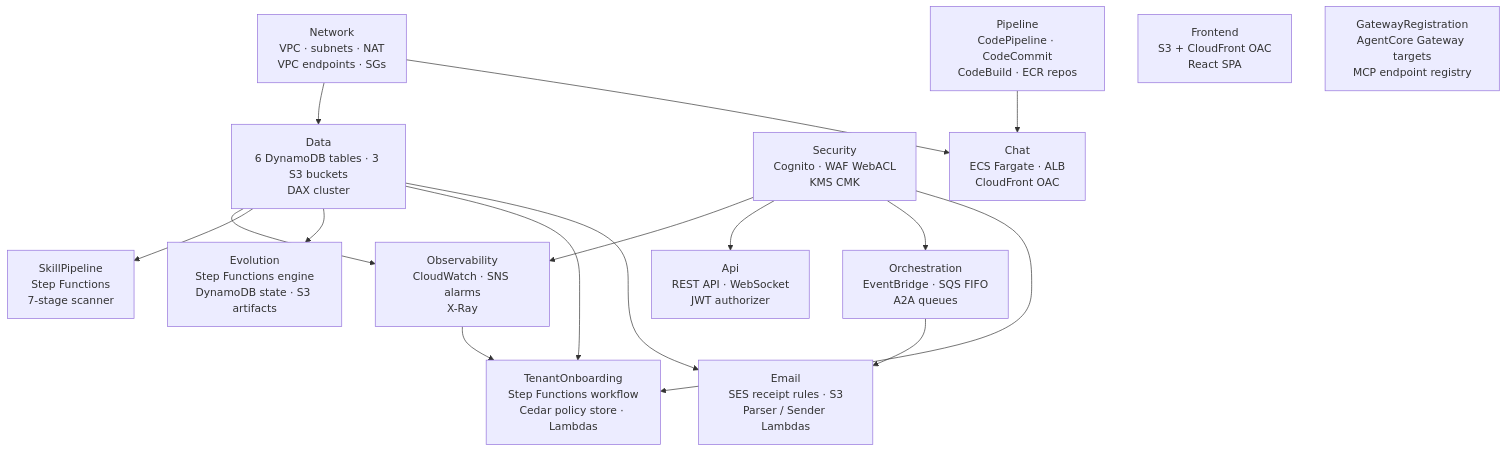
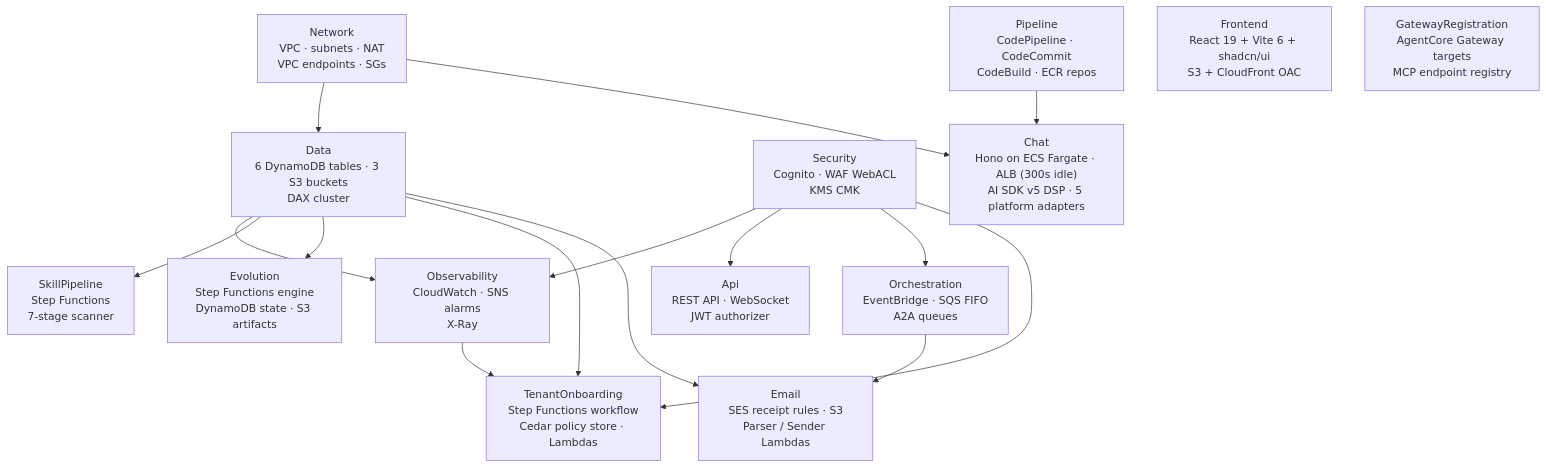
The first of 10 diagrams in docs/architecture/system-architecture.md (Codeseys-Labs/chimera), drawn with Mermaid before and after one commit. The commit also changed other lines of this file and 2 other files, not shown here.

First line of the commit message:
docs: ADR-032, sequence diagrams, and architecture updates for v0.4.0

````diff
--- a/docs/architecture/system-architecture.md
+++ b/docs/architecture/system-architecture.md
@@ -19,32 +19,32 @@
 ```mermaid
 flowchart TD
     NET["Network<br/>VPC · subnets · NAT<br/>VPC endpoints · SGs"]
     DATA["Data<br/>6 DynamoDB tables · 3 S3 buckets<br/>DAX cluster"]
     SEC["Security<br/>Cognito · WAF WebACL<br/>KMS CMK"]
     OBS["Observability<br/>CloudWatch · SNS alarms<br/>X-Ray"]
     API["Api<br/>REST API · WebSocket<br/>JWT authorizer"]
     PIPE["Pipeline<br/>CodePipeline · CodeCommit<br/>CodeBuild · ECR repos"]
     SKILL["SkillPipeline<br/>Step Functions<br/>7-stage scanner"]
-    CHAT["Chat<br/>ECS Fargate · ALB<br/>CloudFront OAC"]
+    CHAT["Chat<br/>Hono on ECS Fargate · ALB (300s idle)<br/>AI SDK v5 DSP · 5 platform adapters"]
     ORCH["Orchestration<br/>EventBridge · SQS FIFO<br/>A2A queues"]
     EVO["Evolution<br/>Step Functions engine<br/>DynamoDB state · S3 artifacts"]
     TENANT["TenantOnboarding<br/>Step Functions workflow<br/>Cedar policy store · Lambdas"]
     EMAIL["Email<br/>SES receipt rules · S3<br/>Parser / Sender Lambdas"]
-    FRONT["Frontend<br/>S3 + CloudFront OAC<br/>React SPA"]
+    FRONT["Frontend<br/>React 19 + Vite 6 + shadcn/ui<br/>S3 + CloudFront OAC"]
     GW["GatewayRegistration<br/>AgentCore Gateway targets<br/>MCP endpoint registry"]
 
     NET --> DATA
     NET --> CHAT
     DATA --> OBS
     DATA --> SKILL
     DATA --> EVO
     DATA --> TENANT
     DATA --> EMAIL
     SEC --> OBS
     SEC --> API
     SEC --> ORCH
     SEC --> TENANT
     PIPE --> CHAT
     OBS --> TENANT
     ORCH --> EMAIL
 ```
````
